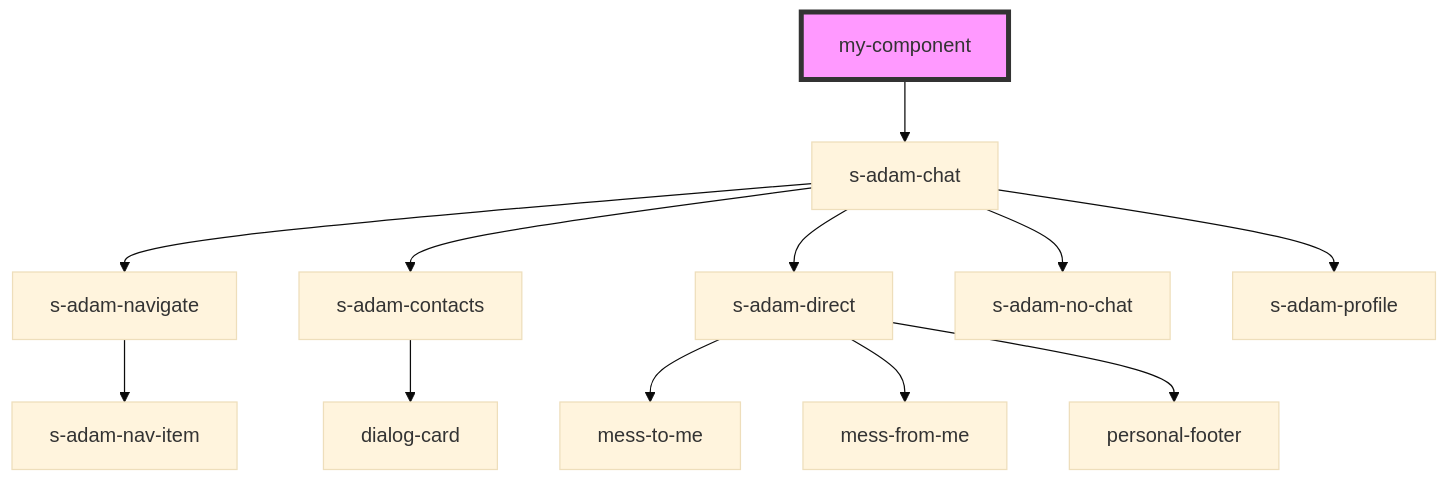
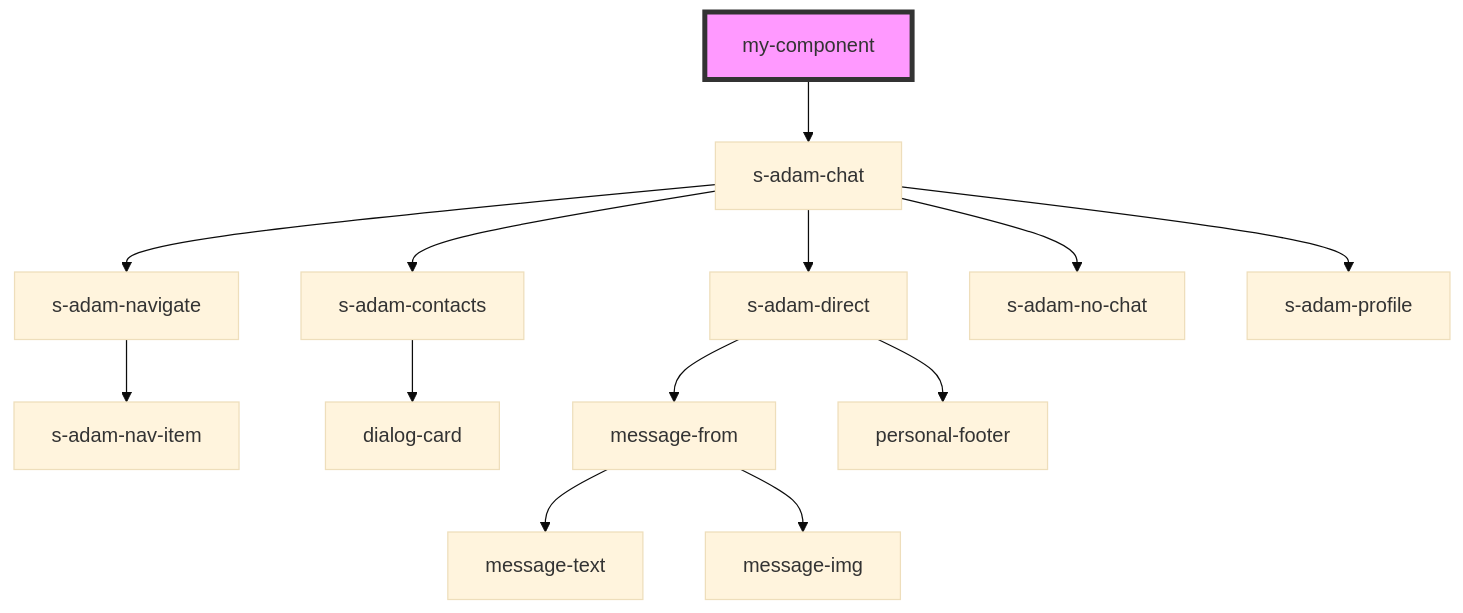
The diagram in src/components/my-component/readme.md (saqhan/stencil-chat), drawn with Mermaid (base theme) before and after one commit. The commit also changed 19 other files, not shown here.

````diff
--- a/src/components/my-component/readme.md
+++ b/src/components/my-component/readme.md
@@ -13,15 +13,16 @@
 ```mermaid
 graph TD;
   my-component --> s-adam-chat
   s-adam-chat --> s-adam-navigate
   s-adam-chat --> s-adam-contacts
   s-adam-chat --> s-adam-direct
   s-adam-chat --> s-adam-no-chat
   s-adam-chat --> s-adam-profile
   s-adam-navigate --> s-adam-nav-item
   s-adam-contacts --> dialog-card
-  s-adam-direct --> mess-to-me
-  s-adam-direct --> mess-from-me
+  s-adam-direct --> message-from
   s-adam-direct --> personal-footer
+  message-from --> message-text
+  message-from --> message-img
   style my-component fill:#f9f,stroke:#333,stroke-width:4px
 ```
````
